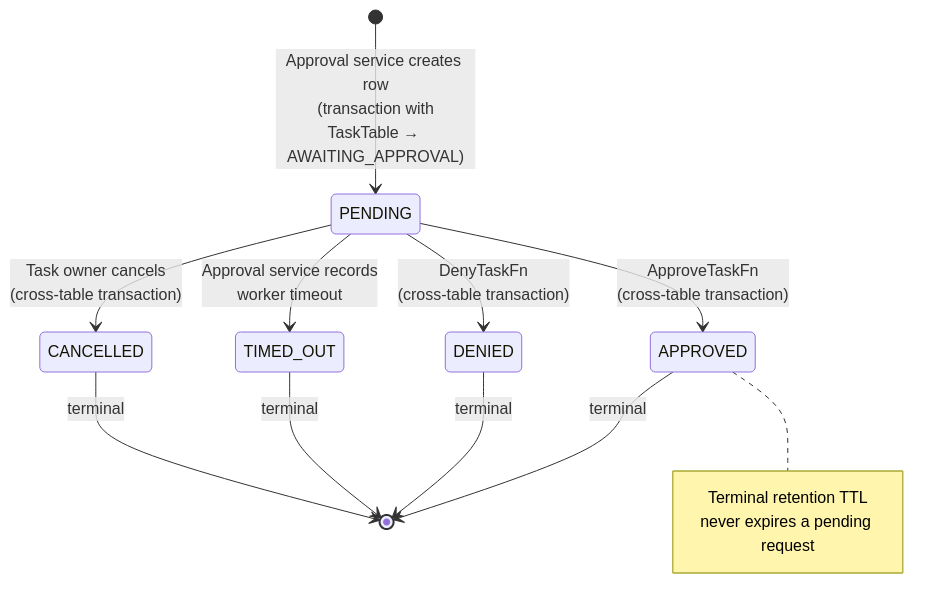
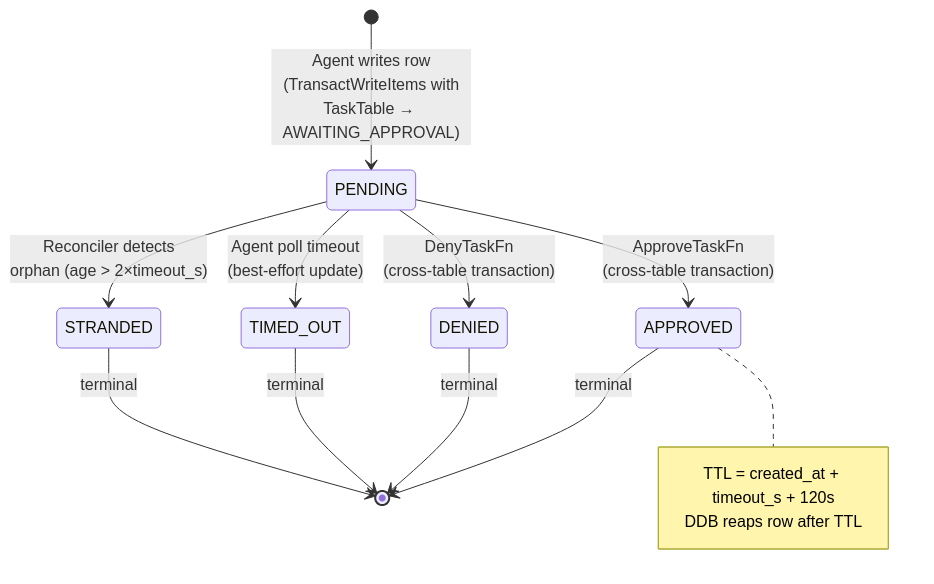
The third of 6 diagrams in docs/design/CEDAR_HITL_GATES.md (aws-samples/sample-autonomous-cloud-coding-agents), drawn with Mermaid before and after one commit. The commit also changed other lines of this file and 28 other files, not shown here.

````diff
--- a/docs/design/CEDAR_HITL_GATES.md
+++ b/docs/design/CEDAR_HITL_GATES.md
@@ -1140,16 +1280,16 @@
 ```mermaid
 stateDiagram-v2
-    [*] --> PENDING: Approval service creates row<br/>(transaction with<br/>TaskTable → AWAITING_APPROVAL)
+    [*] --> PENDING: Agent writes row<br/>(TransactWriteItems with<br/>TaskTable → AWAITING_APPROVAL)
     PENDING --> APPROVED: ApproveTaskFn<br/>(cross-table transaction)
     PENDING --> DENIED: DenyTaskFn<br/>(cross-table transaction)
-    PENDING --> TIMED_OUT: Approval service records<br/>worker timeout
-    PENDING --> CANCELLED: Task owner cancels<br/>(cross-table transaction)
+    PENDING --> TIMED_OUT: Agent poll timeout<br/>(best-effort update)
+    PENDING --> STRANDED: Reconciler detects<br/>orphan (age > 2×timeout_s)
     APPROVED --> [*]: terminal
     DENIED --> [*]: terminal
     TIMED_OUT --> [*]: terminal
-    CANCELLED --> [*]: terminal
+    STRANDED --> [*]: terminal
     note right of APPROVED
-        Terminal retention TTL
-        never expires a pending request
+        TTL = created_at + timeout_s + 120s
+        DDB reaps row after TTL
     end note
 ```
````
